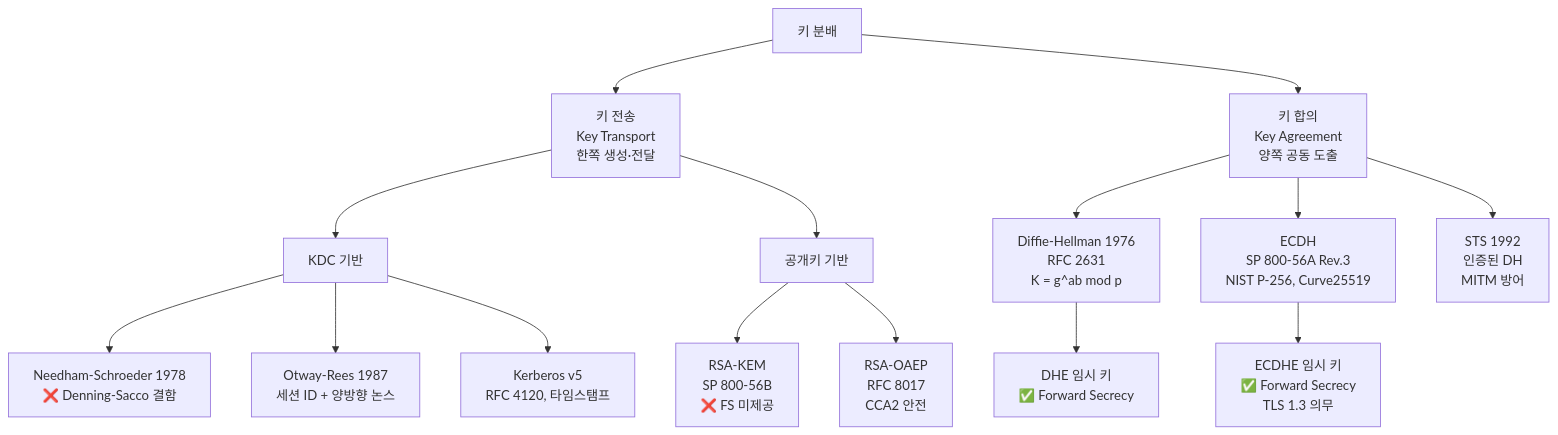
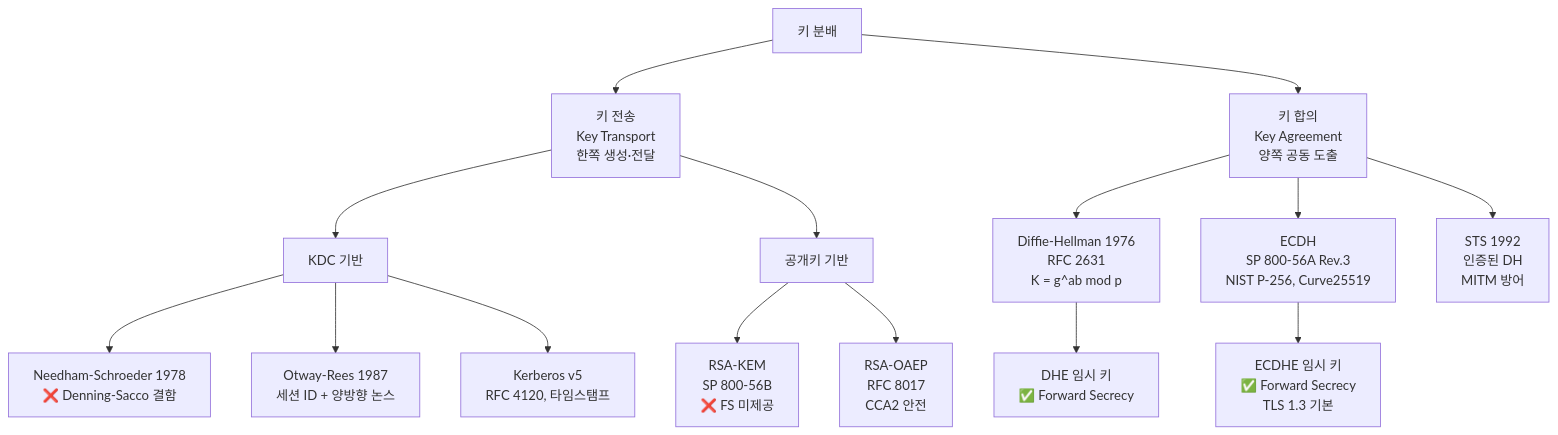
The second of 5 diagrams in cs/information-security/study/04.security-general/03.key-distribution.md (ianrang/cs-study), drawn with Mermaid before and after one commit. The commit also changed other lines of this file and 1 other file, not shown here.

````diff
--- a/cs/information-security/study/04.security-general/03.key-distribution.md
+++ b/cs/information-security/study/04.security-general/03.key-distribution.md
@@ -646,23 +653,23 @@
 ```mermaid
 graph TD
   KD[키 분배]
   KD --> KT[키 전송<br/>Key Transport<br/>한쪽 생성·전달]
   KD --> KA[키 합의<br/>Key Agreement<br/>양쪽 공동 도출]
 
   KT --> KT1[KDC 기반]
   KT --> KT2[공개키 기반]
 
   KT1 --> NS[Needham-Schroeder 1978<br/>❌ Denning-Sacco 결함]
   KT1 --> OR[Otway-Rees 1987<br/>세션 ID + 양방향 논스]
   KT1 --> KER[Kerberos v5<br/>RFC 4120, 타임스탬프]
 
   KT2 --> RKEM[RSA-KEM<br/>SP 800-56B<br/>❌ FS 미제공]
   KT2 --> ROAEP[RSA-OAEP<br/>RFC 8017<br/>CCA2 안전]
 
   KA --> DH[Diffie-Hellman 1976<br/>RFC 2631<br/>K = g^ab mod p]
   KA --> ECDH[ECDH<br/>SP 800-56A Rev.3<br/>NIST P-256, Curve25519]
   KA --> STS[STS 1992<br/>인증된 DH<br/>MITM 방어]
 
   DH --> DHE[DHE 임시 키<br/>✅ Forward Secrecy]
-  ECDH --> ECDHE[ECDHE 임시 키<br/>✅ Forward Secrecy<br/>TLS 1.3 의무]
+  ECDH --> ECDHE[ECDHE 임시 키<br/>✅ Forward Secrecy<br/>TLS 1.3 기본]
 ```
````
